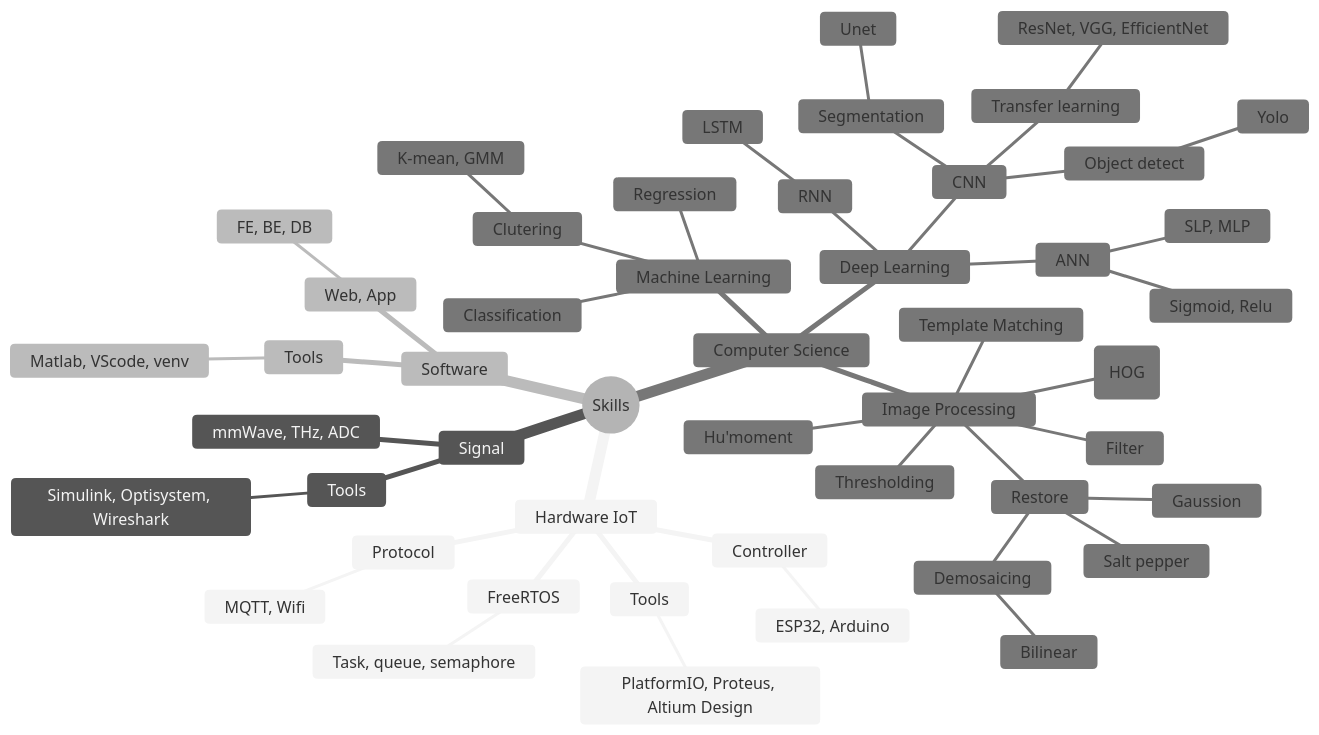
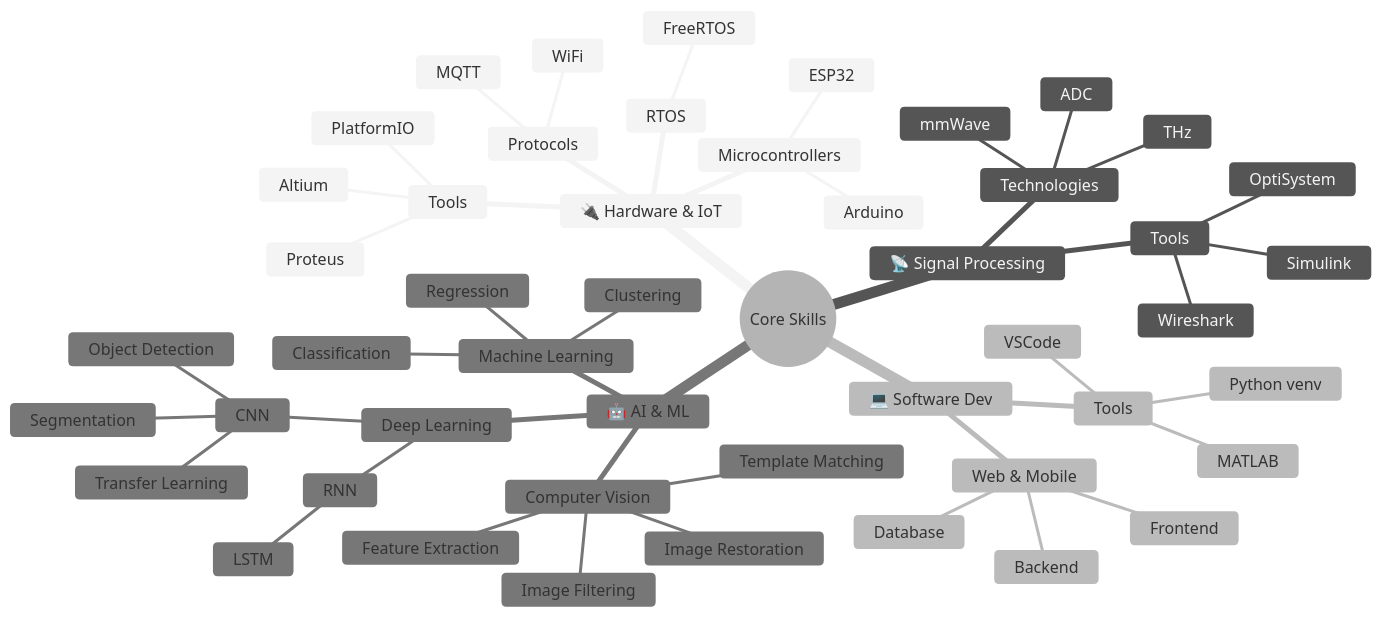
The diagram in README.md (bathanh0309/bathanh0309), drawn with Mermaid (neutral theme) before and after one commit. The commit also changed other lines of this file, not shown here.

````diff
--- a/README.md
+++ b/README.md
@@ -140,52 +141,52 @@
 ```mermaid
 mindmap
-  root((Skills))
-    Hardware IoT
-      Protocol
-        MQTT, Wifi
-      Controller
-        ESP32, Arduino
-      FreeRTOS
-        Task, queue, semaphore
+  root((Core Skills))
+    🔌 Hardware & IoT
+      Microcontrollers
+        ESP32
+        Arduino
+      RTOS
+        FreeRTOS
+      Protocols
+        MQTT
+        WiFi
       Tools
-        PlatformIO, Proteus, Altium Design
-    Signal
-      mmWave, THz, ADC
+        PlatformIO
+        Proteus
+        Altium
+    📡 Signal Processing
+      Technologies
+        mmWave
+        THz
+        ADC
       Tools
-        Simulink, Optisystem, Wireshark
-    Software
+        Simulink
+        OptiSystem
+        Wireshark
+    💻 Software Dev
+      Web & Mobile
+        Frontend
+        Backend
+        Database
       Tools
-        Matlab, VScode, venv
-      Web, App
-        FE, BE, DB
-    Computer Science
+        VSCode
+        MATLAB
+        Python venv
+    🤖 AI & ML
       Machine Learning
         Classification
         Regression
-        Clutering
-          K-mean, GMM
+        Clustering
       Deep Learning
-        ANN
-          SLP, MLP
-          Sigmoid, Relu
         CNN
           Segmentation
-            Unet
-          Object detect
-            Yolo
-          Transfer learning
-            ResNet, VGG, EfficientNet
+          Object Detection
+          Transfer Learning
         RNN
           LSTM
-      Image Processing
-        Histogram (HOG)
-        Hu'moment
-        Thresholding
+      Computer Vision
+        Feature Extraction
+        Image Filtering
+        Image Restoration
         Template Matching
-        Filter
-        Restore
-          Gaussion
-          Salt pepper
-          Demosaicing
-            Bilinear
 ```
````
